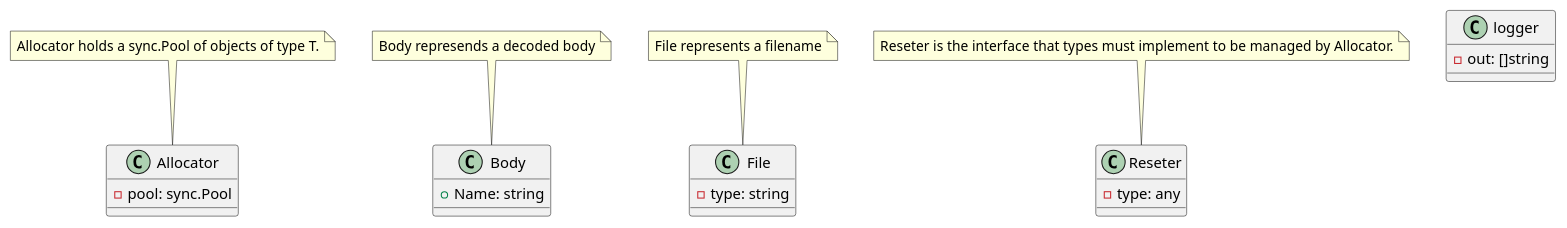
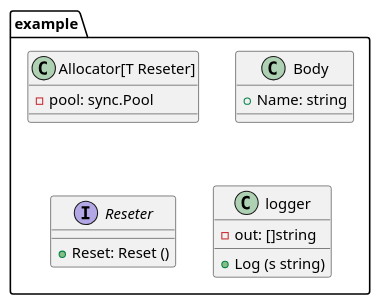
The diagram in cmd/go-fsck/example/go-fsck.puml (titpetric/exp), drawn with PlantUML before and after one commit. The commit also changed 29 other files, not shown here.

```diff
--- a/cmd/go-fsck/example/go-fsck.puml
+++ b/cmd/go-fsck/example/go-fsck.puml
@@ -1,49 +1,25 @@
 @startuml
 
-class Allocator {
+class "example.Allocator[T Reseter]" {
   - pool: sync.Pool
 }
 
-class Body {
+class "example.Body" {
   + Name: string
 }
 
-class File {
-  - type: string
+interface "example.Reseter" {
+  + Reset: Reset ()
 }
 
-class Reseter {
-  - type: any
-}
-
-class logger {
+class "example.logger" {
   - out: []string
+  + Log (s string)
 }
 
 
-note top of Allocator
-Allocator holds a sync.Pool of objects of type T.
-end note
-
-
-
-note top of Body
-Body represends a decoded body
-end note
-
-
-
-note top of File
-File represents a filename
-end note
-
-
-
-note top of Reseter
-Reseter is the interface that types must implement to be managed by Allocator.
-end note
 
 
 
 
 @enduml
```
